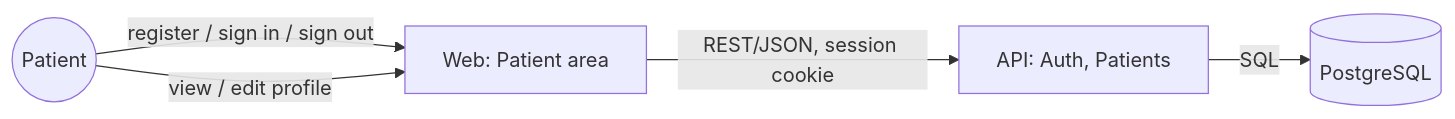
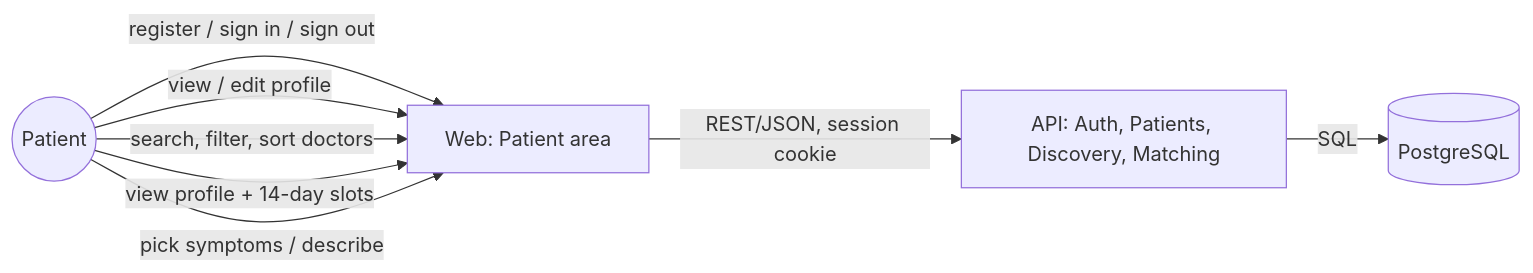
The first of 2 diagrams in docs/modules/patient.md (alhexjustine/telehealth), drawn with Mermaid before and after one commit. The commit also changed other lines of this file and 63 other files, not shown here.

First line of the commit message:
feat: add doctor search and symptom matching (add-doctor-discovery)

````diff
--- a/docs/modules/patient.md
+++ b/docs/modules/patient.md
@@ -22,7 +39,10 @@
 ```mermaid
 flowchart LR
   P((Patient)) -->|"register / sign in / sign out"| W[Web: Patient area]
   P -->|"view / edit profile"| W
-  W -->|"REST/JSON, session cookie"| A["API: Auth, Patients"]
+  P -->|"search, filter, sort doctors"| W
+  P -->|"view profile + 14-day slots"| W
+  P -->|"pick symptoms / describe"| W
+  W -->|"REST/JSON, session cookie"| A["API: Auth, Patients, Discovery, Matching"]
   A -->|"SQL"| D[(PostgreSQL)]
 ```
````
